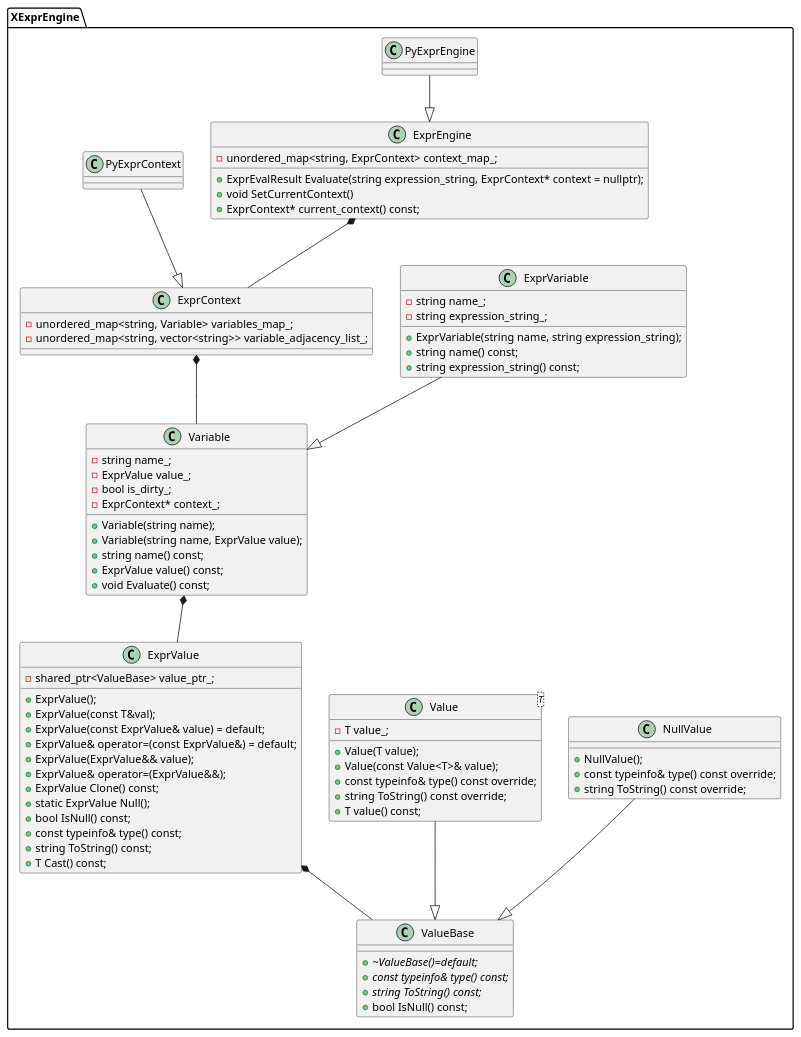
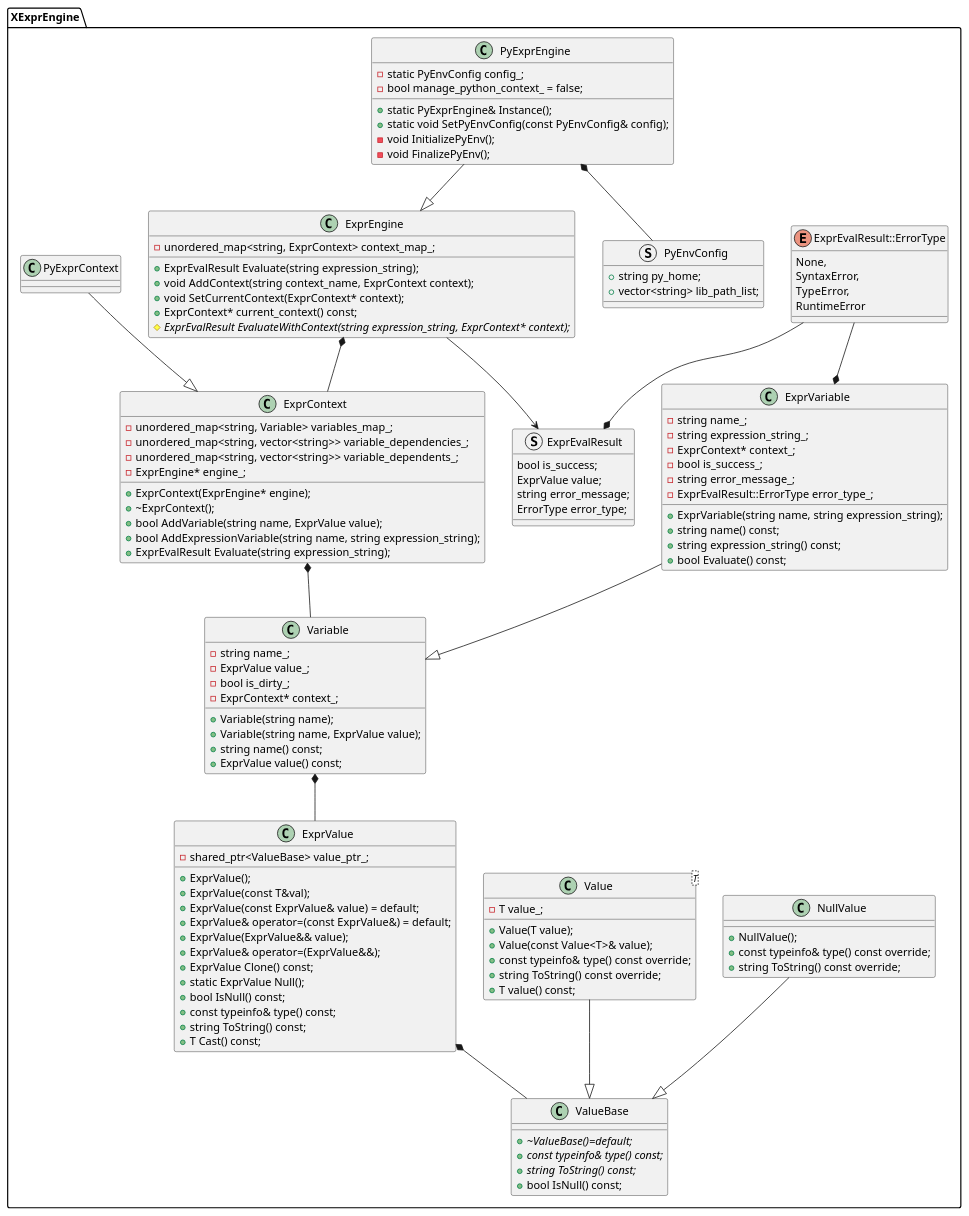
Before and after one commit to smile-zyk/xequation: the diagram in framework.plantuml, drawn with PlantUML.

Commit message:
framework improve

```diff
--- a/framework.plantuml
+++ b/framework.plantuml
@@ -1,101 +1,147 @@
 @startuml ExprEngine
 
 package XExprEngine
 {
 class ValueBase
 {
     {abstract} +~ValueBase()=default;
     {abstract} +const typeinfo& type() const;
     {abstract} +string ToString() const;
     +bool IsNull() const;
 }
 
 class NullValue
 {
     +NullValue();
     +const typeinfo& type() const override;
     +string ToString() const override;
 }
 
 class Value<T>
 {
     +Value(T value);
     +Value(const Value<T>& value);
     +const typeinfo& type() const override;
     +string ToString() const override;
     +T value() const;
     -T value_;
 }
 
 class ExprValue
 {
     +ExprValue();
     +ExprValue(const T&val);
     +ExprValue(const ExprValue& value) = default;
     +ExprValue& operator=(const ExprValue&) = default;
     +ExprValue(ExprValue&& value);
     +ExprValue& operator=(ExprValue&&);
     +ExprValue Clone() const;
     +static ExprValue Null();
     +bool IsNull() const;
     +const typeinfo& type() const;
     +string ToString() const;
     +T Cast() const;
     -shared_ptr<ValueBase> value_ptr_;
 }
 
 Value --|> ValueBase
 NullValue --|> ValueBase
 ExprValue *-- ValueBase
 
+enum ExprEvalResult::ErrorType
+{
+    None,
+    SyntaxError,
+    TypeError,
+    RuntimeError
+}
+
+struct ExprEvalResult
+{
+    bool is_success;
+    ExprValue value;
+    string error_message;
+    ErrorType error_type;
+}
+
 class ExprEngine
 {
-    +ExprEvalResult Evaluate(string expression_string, ExprContext* context = nullptr);
-    +void SetCurrentContext()
+    +ExprEvalResult Evaluate(string expression_string);
+    +void AddContext(string context_name, ExprContext context);
+    +void SetCurrentContext(ExprContext* context);
     +ExprContext* current_context() const;
+    {abstract}#ExprEvalResult EvaluateWithContext(string expression_string, ExprContext* context);
     -unordered_map<string, ExprContext> context_map_;
 }
 
+ExprEngine --> ExprEvalResult
+ExprEvalResult::ErrorType --* ExprEvalResult
+ExprEvalResult::ErrorType --* ExprVariable
+
 class ExprContext
 {
+    + ExprContext(ExprEngine* engine);
+    + ~ExprContext();
+    + bool AddVariable(string name, ExprValue value);
+    + bool AddExpressionVariable(string name, string expression_string);
+    + ExprEvalResult Evaluate(string expression_string);
     - unordered_map<string, Variable> variables_map_;
-    - unordered_map<string, vector<string>> variable_adjacency_list_;
+    - unordered_map<string, vector<string>> variable_dependencies_;
+    - unordered_map<string, vector<string>> variable_dependents_;
+    - ExprEngine* engine_;
 }
 
 class Variable
 {
     +Variable(string name);
     +Variable(string name, ExprValue value);
     +string name() const;
     +ExprValue value() const;
-    +void Evaluate() const;
     -string name_;
     -ExprValue value_;
     -bool is_dirty_;
     -ExprContext* context_;
 }
 
 class ExprVariable
 {
     +ExprVariable(string name, string expression_string);
     +string name() const;
     +string expression_string() const;
+    +bool Evaluate() const;
     -string name_;
     -string expression_string_;
+    -ExprContext* context_;
+    -bool is_success_;
+    -string error_message_;
+    -ExprEvalResult::ErrorType error_type_;
 }
 
 ExprVariable --|> Variable
 Variable *-- ExprValue
 ExprContext *-- Variable
 ExprEngine *-- ExprContext
 
 class PyExprEngine
+{
+    +static PyExprEngine& Instance();
+    +static void SetPyEnvConfig(const PyEnvConfig& config);
+    -static PyEnvConfig config_;
+    -bool manage_python_context_ = false;
+    -void InitializePyEnv();
+    -void FinalizePyEnv();
+}
 
 class PyExprContext
 
+struct PyEnvConfig
+{
+    +string py_home;
+    +vector<string> lib_path_list;
+}
+
 PyExprContext --|> ExprContext
 PyExprEngine --|> ExprEngine
-
-}
+PyExprEngine *-- PyEnvConfig
 
 @enduml
```
